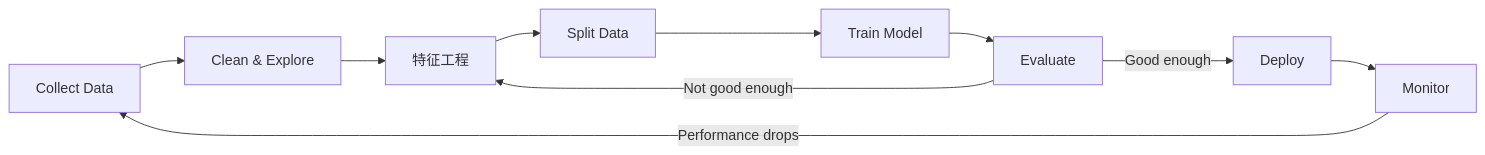
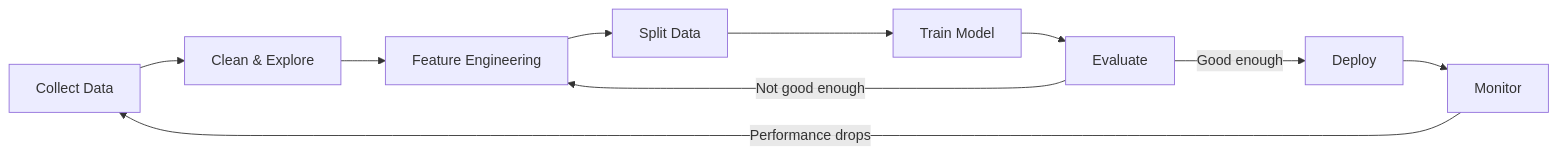
The third of 6 diagrams in phases/02-ml-fundamentals/01-what-is-machine-learning/docs/zh.md (arwei944/ai-engineering-from-scratch), drawn with Mermaid before and after one commit. The commit also changed other lines of this file and 65 other files, not shown here.

````diff
--- a/phases/02-ml-fundamentals/01-what-is-machine-learning/docs/zh.md
+++ b/phases/02-ml-fundamentals/01-what-is-machine-learning/docs/zh.md
@@ -124,12 +124,12 @@
 ```mermaid
 flowchart LR
     A[Collect Data] --> B[Clean & Explore]
-    B --> C[特征工程]
+    B --> C[Feature Engineering]
     C --> D[Split Data]
     D --> E[Train Model]
     E --> F[Evaluate]
     F -->|Not good enough| C
     F -->|Good enough| G[Deploy]
     G --> H[Monitor]
     H -->|Performance drops| A
 ```
````
